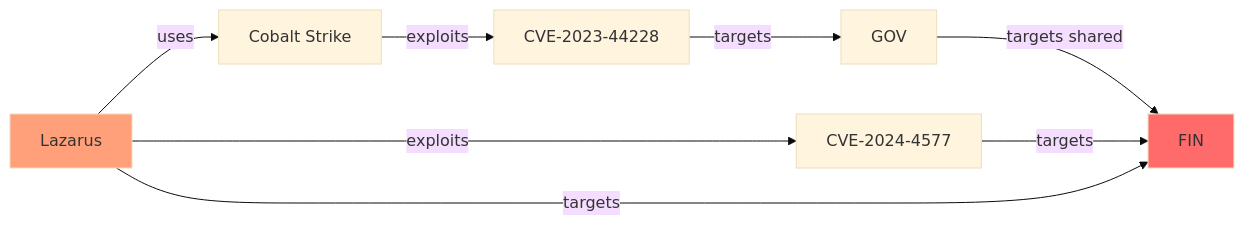
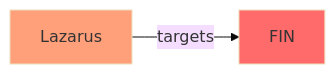
The fifth of 6 diagrams in examples/showcase/threat_intelligence/README.md (antquinonez/Hyper3), drawn with Mermaid (base theme) before and after one commit. The commit also changed other lines of this file and 2 other files, not shown here.

````diff
--- a/examples/showcase/threat_intelligence/README.md
+++ b/examples/showcase/threat_intelligence/README.md
@@ -304,15 +304,7 @@
 ```mermaid
 graph LR
-    L["Lazarus"] -->|uses| CS["Cobalt Strike"]
-    CS -->|exploits| CVE["CVE-2023-44228"]
-    CVE -->|targets| GOV["GOV"]
-    GOV -->|targets shared| FIN["FIN"]
-
-    L -->|exploits| CVE2["CVE-2024-4577"]
-    CVE2 -->|targets| FIN
-
-    L -->|targets| FIN
+    L["Lazarus"] -->|targets| FIN["FIN"]
 
     style FIN fill:#ff6b6b
     style L fill:#ffa07a
 ```
````
